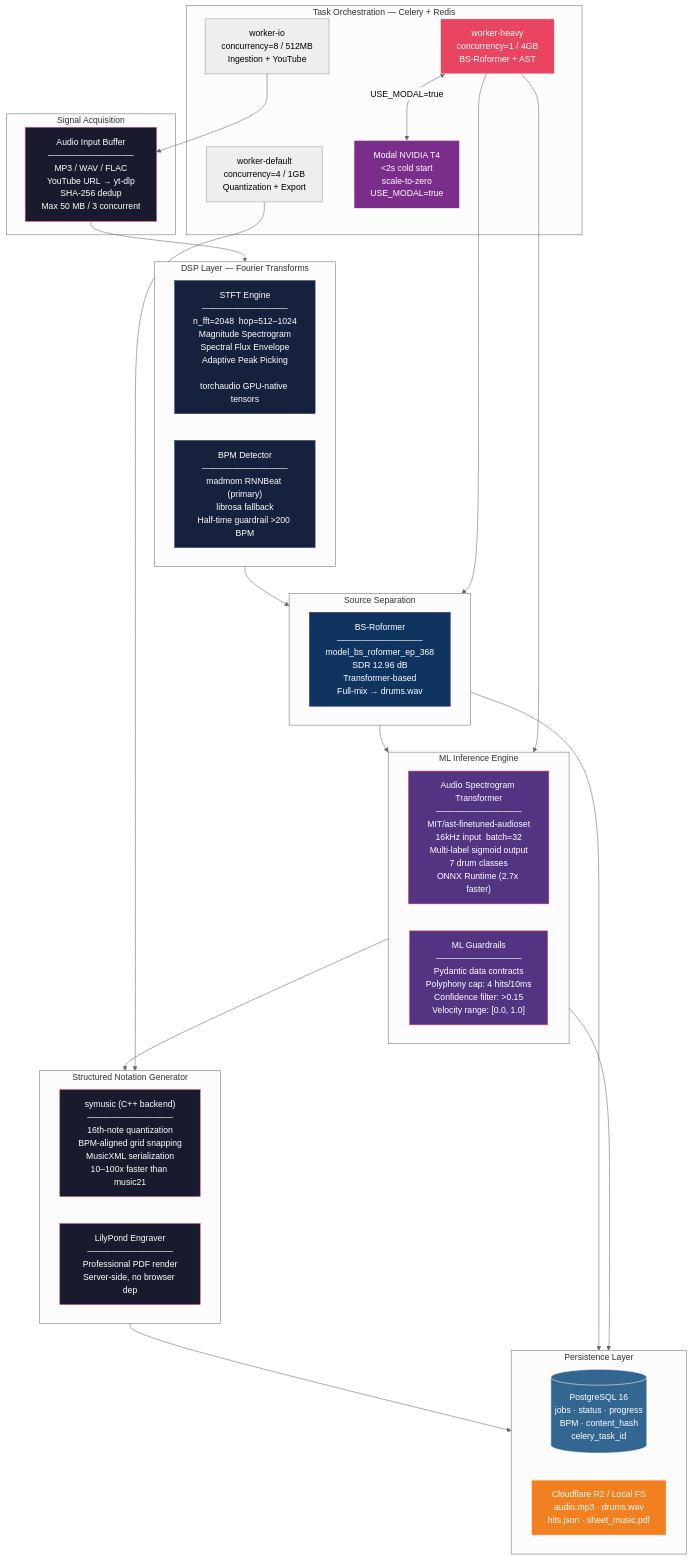
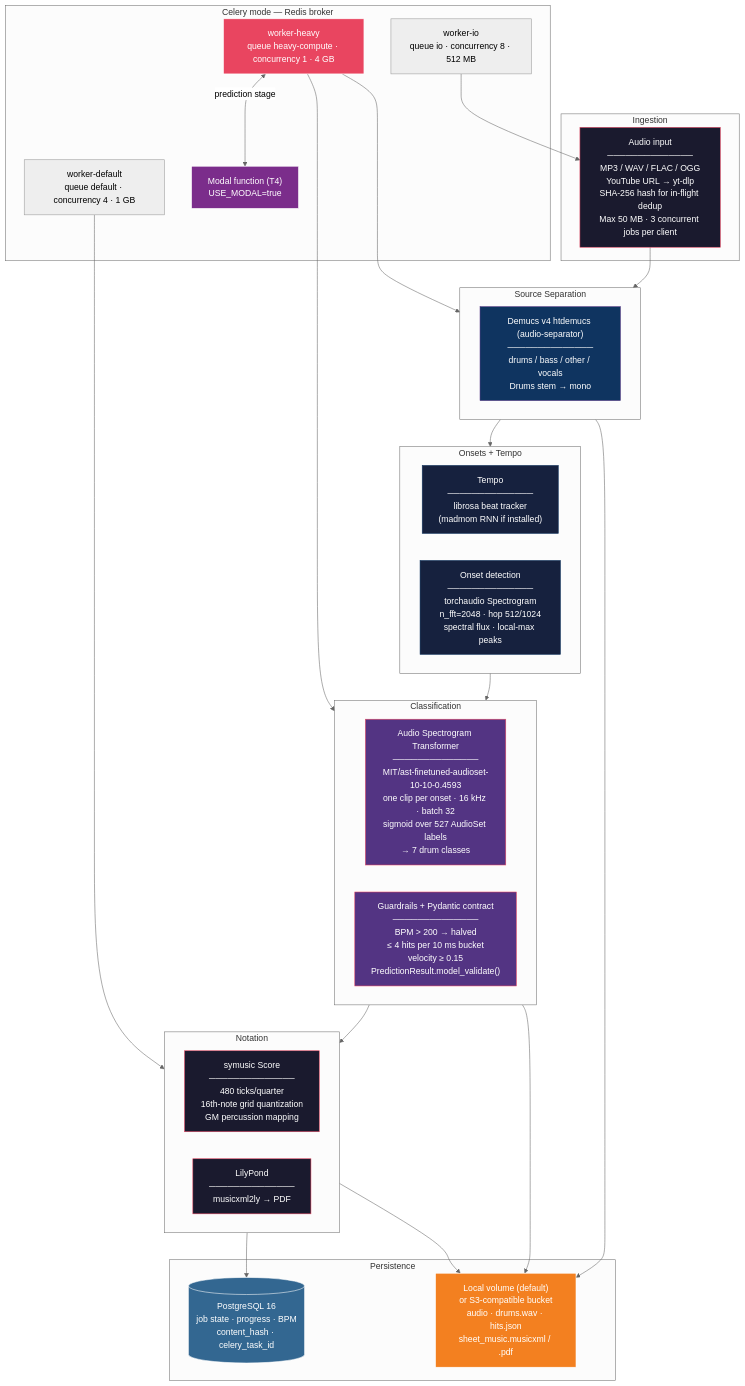
The first of 3 diagrams in README.md (MatPizzolo/Automatic-Drum-Transcription), drawn with Mermaid (neutral theme) before and after one commit. The commit also changed other lines of this file and 1 other file, not shown here.

````diff
--- a/README.md
+++ b/README.md
@@ -25,65 +34,63 @@
 ```mermaid
 flowchart TB
-    subgraph Ingress["Signal Acquisition"]
-        AB["Audio Input Buffer\n──────────────\nMP3 / WAV / FLAC\nYouTube URL → yt-dlp\nSHA-256 dedup\nMax 50 MB / 3 concurrent"]
-    end
-
-    subgraph DSP["DSP Layer — Fourier Transforms"]
-        STFT["STFT Engine\n──────────────\nn_fft=2048  hop=512–1024\nMagnitude Spectrogram\nSpectral Flux Envelope\nAdaptive Peak Picking\n\ntorchaudio GPU-native tensors"]
-        BPM["BPM Detector\n──────────────\nmadmom RNNBeat (primary)\nlibrosa fallback\nHalf-time guardrail >200 BPM"]
+    subgraph Ingress["Ingestion"]
+        AB["Audio input\n──────────────\nMP3 / WAV / FLAC / OGG\nYouTube URL → yt-dlp\nSHA-256 hash for in-flight dedup\nMax 50 MB · 3 concurrent jobs per client"]
     end
 
     subgraph Sep["Source Separation"]
-        BSR["BS-Roformer\n──────────────\nmodel_bs_roformer_ep_368\nSDR 12.96 dB\nTransformer-based\nFull-mix → drums.wav"]
+        BSR["Demucs v4 htdemucs (audio-separator)\n──────────────\ndrums / bass / other / vocals\nDrums stem → mono"]
     end
 
-    subgraph Inference["ML Inference Engine"]
-        AST["Audio Spectrogram Transformer\n──────────────\nMIT/ast-finetuned-audioset\n16kHz input  batch=32\nMulti-label sigmoid output\n7 drum classes\nONNX Runtime (2.7x faster)"]
-        GR["ML Guardrails\n──────────────\nPydantic data contracts\nPolyphony cap: 4 hits/10ms\nConfidence filter: >0.15\nVelocity range: [0.0, 1.0]"]
+    subgraph DSP["Onsets + Tempo"]
+        BPM["Tempo\n──────────────\nlibrosa beat tracker\n(madmom RNN if installed)"]
+        STFT["Onset detection\n──────────────\ntorchaudio Spectrogram\nn_fft=2048 · hop 512/1024\nspectral flux · local-max peaks"]
     end
 
-    subgraph Export["Structured Notation Generator"]
-        SYM["symusic (C++ backend)\n──────────────\n16th-note quantization\nBPM-aligned grid snapping\nMusicXML serialization\n10–100x faster than music21"]
-        LP["LilyPond Engraver\n──────────────\nProfessional PDF render\nServer-side, no browser dep"]
+    subgraph Inference["Classification"]
+        AST["Audio Spectrogram Transformer\n──────────────\nMIT/ast-finetuned-audioset-10-10-0.4593\none clip per onset · 16 kHz · batch 32\nsigmoid over 527 AudioSet labels\n→ 7 drum classes"]
+        GR["Guardrails + Pydantic contract\n──────────────\nBPM > 200 → halved\n≤ 4 hits per 10 ms bucket\nvelocity ≥ 0.15\nPredictionResult.model_validate()"]
     end
 
-    subgraph Orchestration["Task Orchestration — Celery + Redis"]
-        WIO["worker-io\nconcurrency=8 / 512MB\nIngestion + YouTube"]
-        WHV["worker-heavy\nconcurrency=1 / 4GB\nBS-Roformer + AST"]
-        WDF["worker-default\nconcurrency=4 / 1GB\nQuantization + Export"]
-        GPU["Modal NVIDIA T4\n<2s cold start\nscale-to-zero\nUSE_MODAL=true"]
+    subgraph Export["Notation"]
+        SYM["symusic Score\n──────────────\n480 ticks/quarter\n16th-note grid quantization\nGM percussion mapping"]
+        LP["LilyPond\n──────────────\nmusicxml2ly → PDF"]
     end
 
-    subgraph Persistence["Persistence Layer"]
-        PG[("PostgreSQL 16\njobs · status · progress\nBPM · content_hash\ncelery_task_id")]
-        R2["Cloudflare R2 / Local FS\naudio.mp3 · drums.wav\nhits.json · sheet_music.pdf"]
+    subgraph Orchestration["Celery mode — Redis broker"]
+        WIO["worker-io\nqueue io · concurrency 8 · 512 MB"]
+        WHV["worker-heavy\nqueue heavy-compute · concurrency 1 · 4 GB"]
+        WDF["worker-default\nqueue default · concurrency 4 · 1 GB"]
+        GPU["Modal function (T4)\nUSE_MODAL=true"]
     end
 
-    AB --> DSP
-    DSP --> Sep
-    Sep --> Inference
-    Inference --> Export
+    subgraph Persistence["Persistence"]
+        PG[("PostgreSQL 16\njob state · progress · BPM\ncontent_hash · celery_task_id")]
+        FS["Local volume (default)\nor S3-compatible bucket\naudio · drums.wav · hits.json\nsheet_music.musicxml / .pdf"]
+    end
+
+    AB --> Sep --> DSP --> Inference --> Export
 
     WIO --> AB
     WHV --> Sep
     WHV --> Inference
     WDF --> Export
-    WHV <-->|"USE_MODAL=true"| GPU
+    WHV <-->|"prediction stage"| GPU
 
-    Export --> Persistence
-    Sep --> Persistence
-    Inference --> Persistence
+    Sep --> FS
+    Inference --> FS
+    Export --> FS
+    Export --> PG
 
     style AB fill:#1a1a2e,stroke:#e94560,color:#fff
     style STFT fill:#16213e,stroke:#0f3460,color:#fff
     style BPM fill:#16213e,stroke:#0f3460,color:#fff
     style BSR fill:#0f3460,stroke:#533483,color:#fff
     style AST fill:#533483,stroke:#e94560,color:#fff
     style GR fill:#533483,stroke:#e94560,color:#fff
     style SYM fill:#1a1a2e,stroke:#e94560,color:#fff
     style LP fill:#1a1a2e,stroke:#e94560,color:#fff
     style WHV fill:#e94560,stroke:#fff,color:#fff
     style GPU fill:#7b2d8b,stroke:#fff,color:#fff
     style PG fill:#336791,stroke:#fff,color:#fff
-    style R2 fill:#f38020,stroke:#fff,color:#fff
+    style FS fill:#f38020,stroke:#fff,color:#fff
 ```
````
